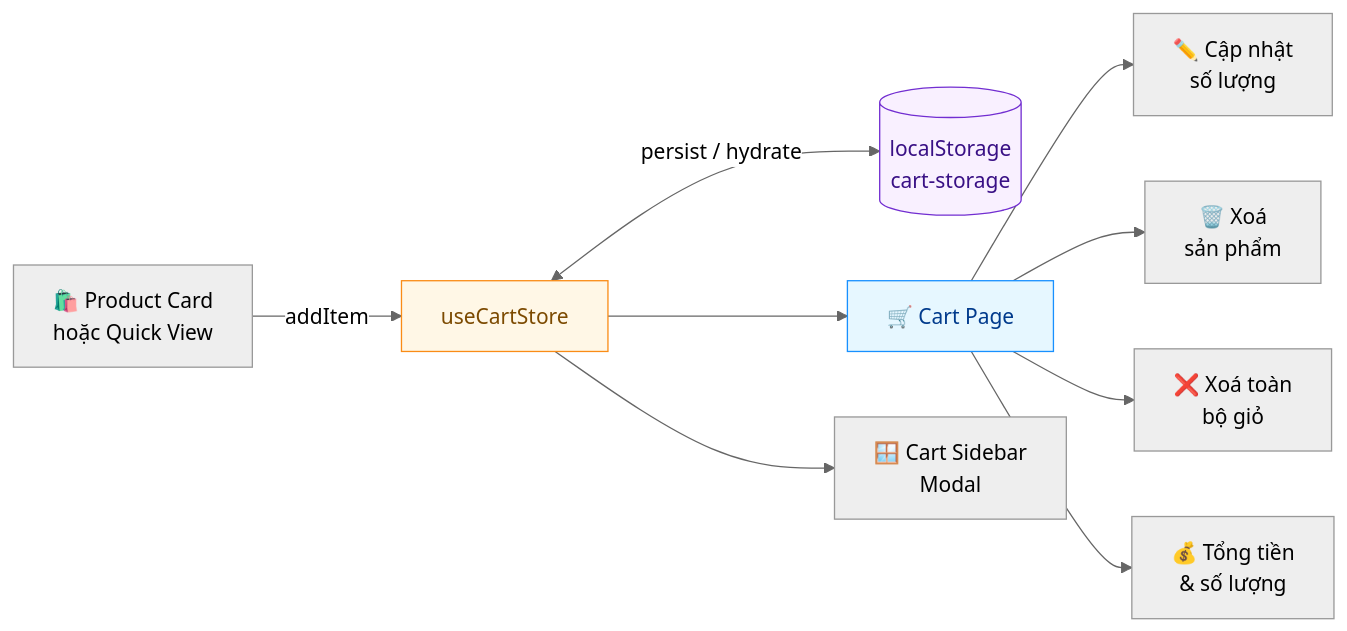
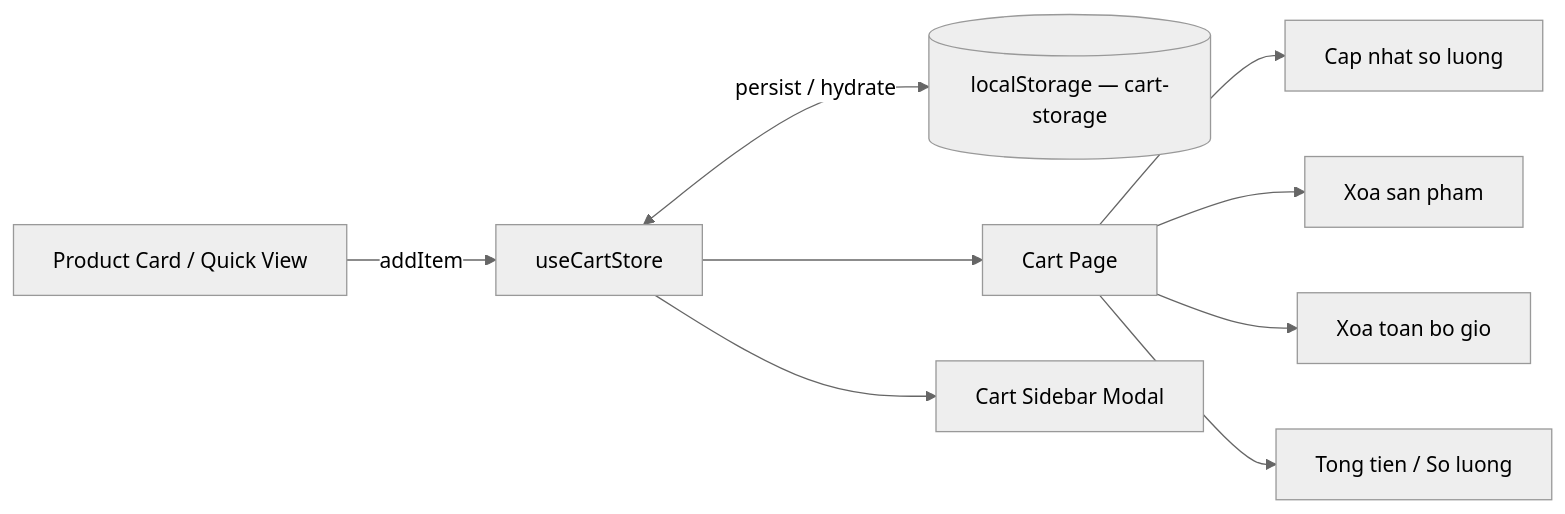
Before and after one commit to NguyenDinhDang/Docs-E-commerce: the fourth of 10 diagrams in 07-so-do-mermaid.md, drawn with Mermaid (neutral theme). The commit also changed other lines of this file, not shown here.

Commit message:
Fix mermaid code

````diff
--- a/07-so-do-mermaid.md
+++ b/07-so-do-mermaid.md
@@ -100,20 +88,15 @@
 ```mermaid
 flowchart LR
-    PC[🛍️ Product Card\nhoặc Quick View]
+    PC[Product Card / Quick View]
 
     PC -->|addItem| CS[useCartStore]
+    CS <-->|persist / hydrate| LS[(localStorage — cart-storage)]
 
-    CS <-->|persist / hydrate| LS[(localStorage\ncart-storage)]
+    CS --> CP[Cart Page]
+    CS --> Modal[Cart Sidebar Modal]
 
-    CS --> CP[🛒 Cart Page]
-    CS --> Modal[🪟 Cart Sidebar\nModal]
-
-    CP --> UQ[✏️ Cập nhật\nsố lượng]
-    CP --> RM[🗑️ Xoá\nsản phẩm]
-    CP --> CC[❌ Xoá toàn\nbộ giỏ]
-    CP --> Summary[💰 Tổng tiền\n& số lượng]
-
-    style CS fill:#fff7e6,stroke:#fa8c16,color:#7c4a00
-    style LS fill:#f9f0ff,stroke:#722ed1,color:#391085
-    style CP fill:#e6f7ff,stroke:#1890ff,color:#003a8c
+    CP --> UQ[Cap nhat so luong]
+    CP --> RM[Xoa san pham]
+    CP --> CC[Xoa toan bo gio]
+    CP --> Summary[Tong tien / So luong]
 ```
````
